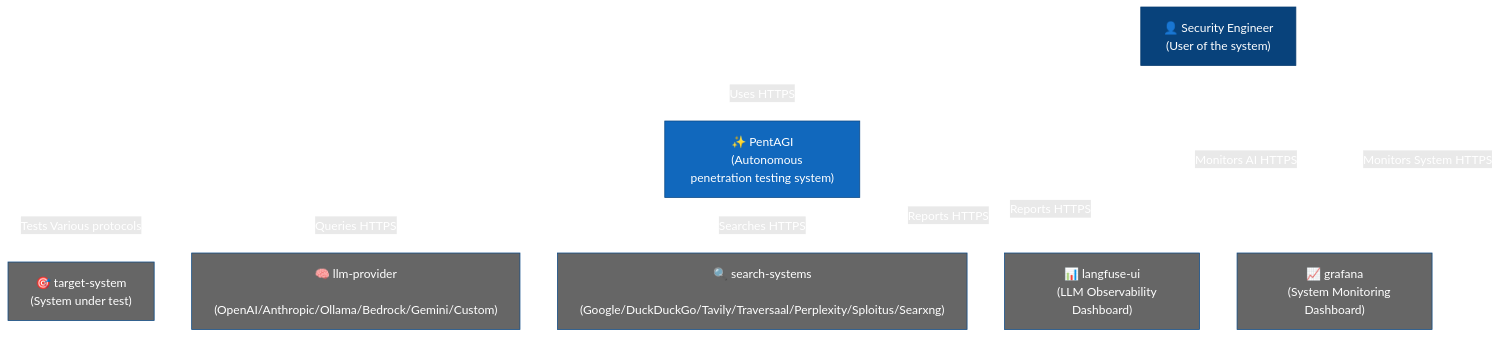
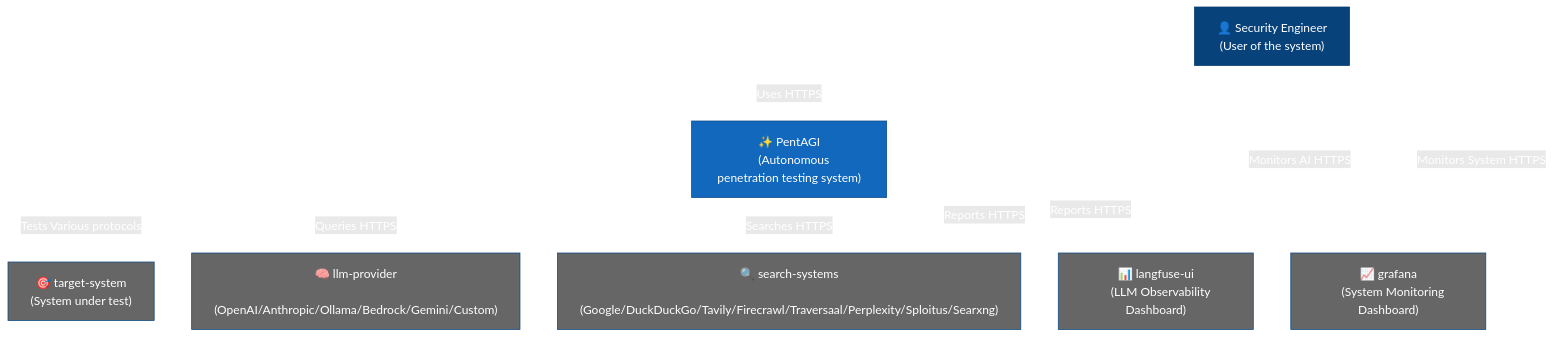
The first of 6 diagrams in README.md (vxcontrol/pentagi), drawn with Mermaid before and after one commit. The commit also changed other lines of this file and 58 other files, not shown here.

````diff
--- a/README.md
+++ b/README.md
@@ -91,38 +91,38 @@
 ```mermaid
 flowchart TB
     classDef person fill:#08427B,stroke:#073B6F,color:#fff
     classDef system fill:#1168BD,stroke:#0B4884,color:#fff
     classDef external fill:#666666,stroke:#0B4884,color:#fff
 
     pentester["👤 Security Engineer
     (User of the system)"]
 
     pentagi["✨ PentAGI
     (Autonomous penetration testing system)"]
 
     target["🎯 target-system
     (System under test)"]
     llm["🧠 llm-provider
     (OpenAI/Anthropic/Ollama/Bedrock/Gemini/Custom)"]
     search["🔍 search-systems
-    (Google/DuckDuckGo/Tavily/Traversaal/Perplexity/Sploitus/Searxng)"]
+    (Google/DuckDuckGo/Tavily/Firecrawl/Traversaal/Perplexity/Sploitus/Searxng)"]
     langfuse["📊 langfuse-ui
     (LLM Observability Dashboard)"]
     grafana["📈 grafana
     (System Monitoring Dashboard)"]
 
     pentester --> |Uses HTTPS| pentagi
     pentester --> |Monitors AI HTTPS| langfuse
     pentester --> |Monitors System HTTPS| grafana
     pentagi --> |Tests Various protocols| target
     pentagi --> |Queries HTTPS| llm
     pentagi --> |Searches HTTPS| search
     pentagi --> |Reports HTTPS| langfuse
     pentagi --> |Reports HTTPS| grafana
 
     class pentester person
     class pentagi system
     class target,llm,search,langfuse,grafana external
 
     linkStyle default stroke:#ffffff,color:#ffffff
 ```
````
